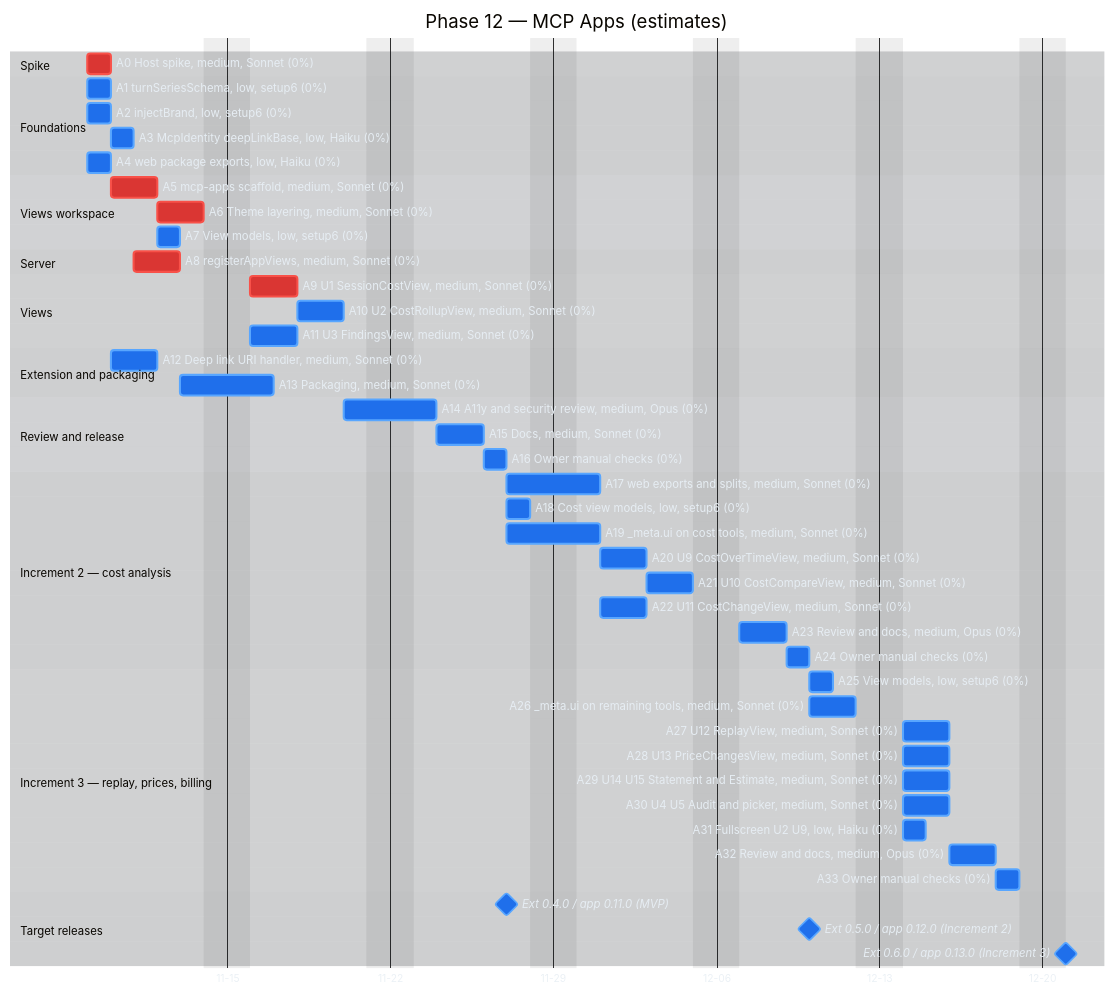
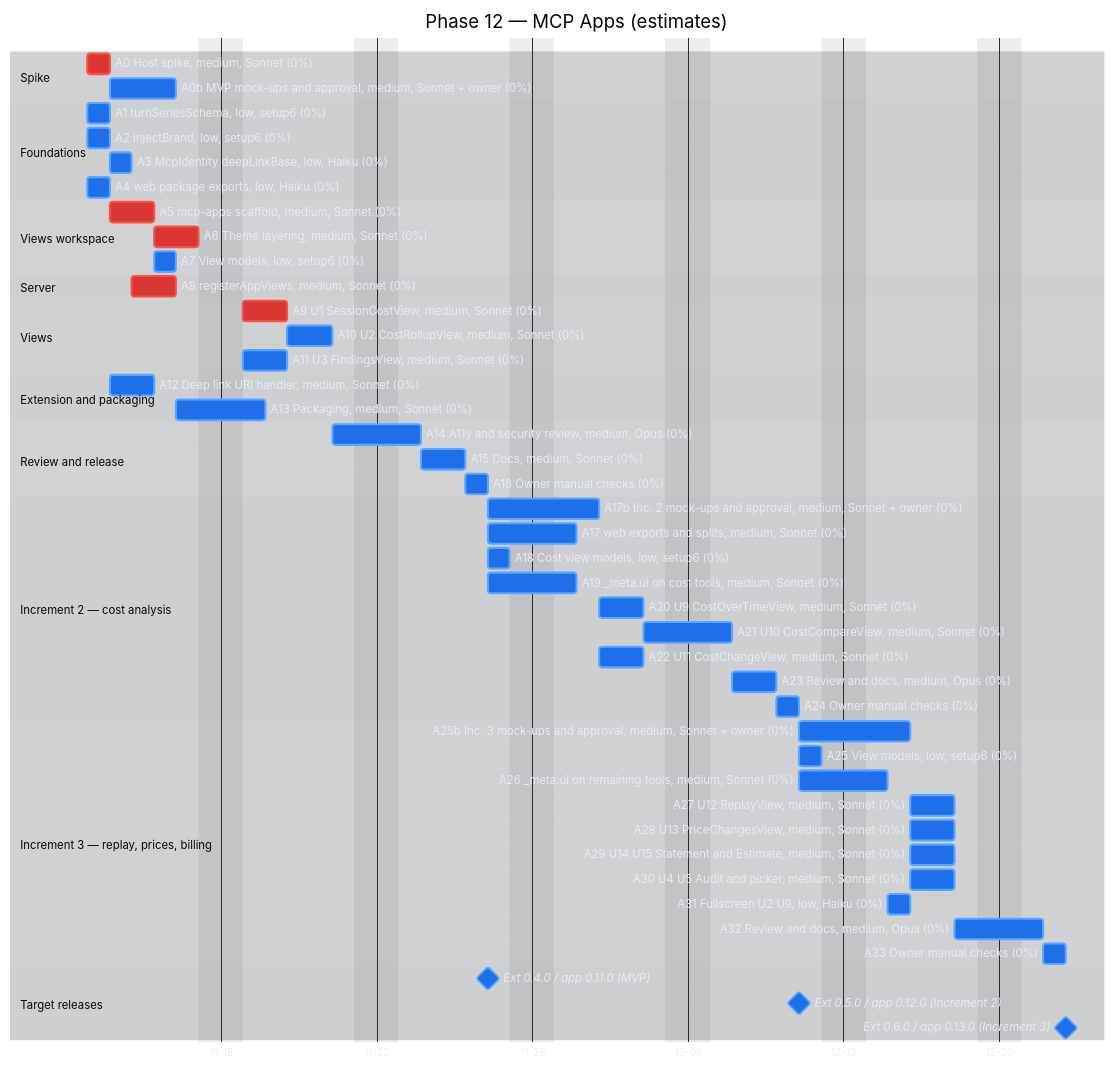
The second of 3 diagrams in docs/implementation-plan-gantt.md (raulkivi/agent-cost-analyzer), drawn with Mermaid before and after one commit. The commit also changed other lines of this file and 2 other files, not shown here.

Commit message:
docs: mock-up steps for Phase 12 MCP Apps (A0b, A17b, A25b)
Each increment starts with mock-up boards in both host frames, light and
dark, approved by the owner before view code: the MVP's after the A0
spike so the frames use the recorded host variables. Plan section 5.6,
task dependencies, exit criteria and the Gantt chart updated.

Claude-Session: https://claude.ai/code/session_01PVQRZYo1RY71mogK2GLGNu

```diff
--- a/docs/implementation-plan-gantt.md
+++ b/docs/implementation-plan-gantt.md
@@ -147,6 +148,7 @@
 
     section Spike
     A0 Host spike, medium, Sonnet (0%)           :crit, a0, 2026-11-09, 1d
+    A0b MVP mock-ups and approval, medium, Sonnet + owner (0%) :a0b, after a0, 3d
 
     section Foundations
     A1 turnSeriesSchema, low, setup6 (0%)        :a1, 2026-11-09, 1d
@@ -163,9 +165,9 @@
     A8 registerAppViews, medium, Sonnet (0%)     :crit, a8, after a1 a2 a3, 2d
 
     section Views
-    A9 U1 SessionCostView, medium, Sonnet (0%)   :crit, a9, after a6 a7 a8, 2d
+    A9 U1 SessionCostView, medium, Sonnet (0%)   :crit, a9, after a0b a6 a7 a8, 2d
     A10 U2 CostRollupView, medium, Sonnet (0%)   :a10, after a9, 2d
-    A11 U3 FindingsView, medium, Sonnet (0%)     :a11, after a6 a7 a8, 2d
+    A11 U3 FindingsView, medium, Sonnet (0%)     :a11, after a0b a6 a7 a8, 2d
 
     section Extension and packaging
     A12 Deep link URI handler, medium, Sonnet (0%) :a12, after a0, 2d
@@ -177,22 +179,24 @@
     A16 Owner manual checks (0%)                 :a16, after a15, 1d
 
     section Increment 2 — cost analysis
+    A17b Inc. 2 mock-ups and approval, medium, Sonnet + owner (0%) :a17b, after a16, 3d
     A17 web exports and splits, medium, Sonnet (0%) :a17, after a16, 2d
     A18 Cost view models, low, setup6 (0%)       :a18, after a16, 1d
     A19 _meta.ui on cost tools, medium, Sonnet (0%) :a19, after a16, 2d
-    A20 U9 CostOverTimeView, medium, Sonnet (0%) :a20, after a17 a18 a19, 2d
+    A20 U9 CostOverTimeView, medium, Sonnet (0%) :a20, after a17 a17b a18 a19, 2d
     A21 U10 CostCompareView, medium, Sonnet (0%) :a21, after a20, 2d
-    A22 U11 CostChangeView, medium, Sonnet (0%)  :a22, after a17 a18 a19, 2d
+    A22 U11 CostChangeView, medium, Sonnet (0%)  :a22, after a17 a17b a18 a19, 2d
     A23 Review and docs, medium, Opus (0%)       :a23, after a21 a22, 2d
     A24 Owner manual checks (0%)                 :a24, after a23, 1d
 
     section Increment 3 — replay, prices, billing
+    A25b Inc. 3 mock-ups and approval, medium, Sonnet + owner (0%) :a25b, after a24, 3d
     A25 View models, low, setup6 (0%)            :a25, after a24, 1d
     A26 _meta.ui on remaining tools, medium, Sonnet (0%) :a26, after a24, 2d
-    A27 U12 ReplayView, medium, Sonnet (0%)      :a27, after a25 a26, 2d
-    A28 U13 PriceChangesView, medium, Sonnet (0%) :a28, after a25 a26, 2d
-    A29 U14 U15 Statement and Estimate, medium, Sonnet (0%) :a29, after a25 a26, 2d
-    A30 U4 U5 Audit and picker, medium, Sonnet (0%) :a30, after a26, 2d
+    A27 U12 ReplayView, medium, Sonnet (0%)      :a27, after a25 a25b a26, 2d
+    A28 U13 PriceChangesView, medium, Sonnet (0%) :a28, after a25 a25b a26, 2d
+    A29 U14 U15 Statement and Estimate, medium, Sonnet (0%) :a29, after a25 a25b a26, 2d
+    A30 U4 U5 Audit and picker, medium, Sonnet (0%) :a30, after a25b a26, 2d
     A31 Fullscreen U2 U9, low, Haiku (0%)        :a31, after a26, 1d
     A32 Review and docs, medium, Opus (0%)       :a32, after a27 a28 a29 a30 a31, 2d
     A33 Owner manual checks (0%)                 :a33, after a32, 1d
```
